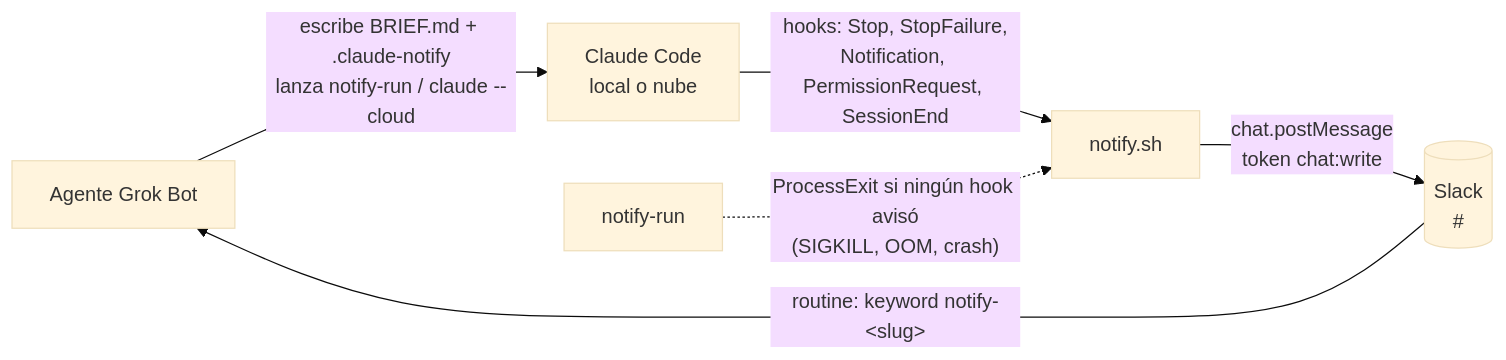
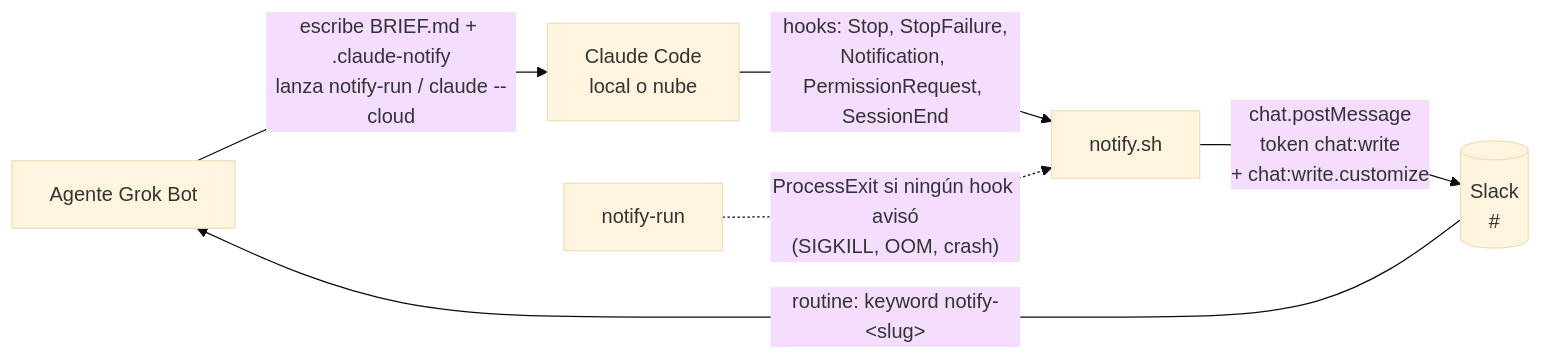
Before and after one commit to luck-prg/grokbot-claude-code: the diagram in README.md, drawn with Mermaid (base theme). The commit also changed other lines of this file and 6 other files, not shown here.

````diff
--- a/README.md
+++ b/README.md
@@ -11,8 +11,8 @@
 ```mermaid
 flowchart LR
   A[Agente Grok Bot] -- "escribe BRIEF.md + .claude-notify<br/>lanza notify-run / claude --cloud" --> C[Claude Code<br/>local o nube]
   C -- "hooks: Stop, StopFailure,<br/>Notification, PermissionRequest, SessionEnd" --> N[notify.sh]
   W[notify-run] -. "ProcessExit si ningún hook avisó<br/>(SIGKILL, OOM, crash)" .-> N
-  N -- "chat.postMessage<br/>token chat:write" --> S[(Slack<br/>#<canal>)]
+  N -- "chat.postMessage<br/>token chat:write<br/>+ chat:write.customize" --> S[(Slack<br/>#<canal>)]
   S -- "routine: keyword notify-&lt;slug&gt;" --> A
 ```
````
